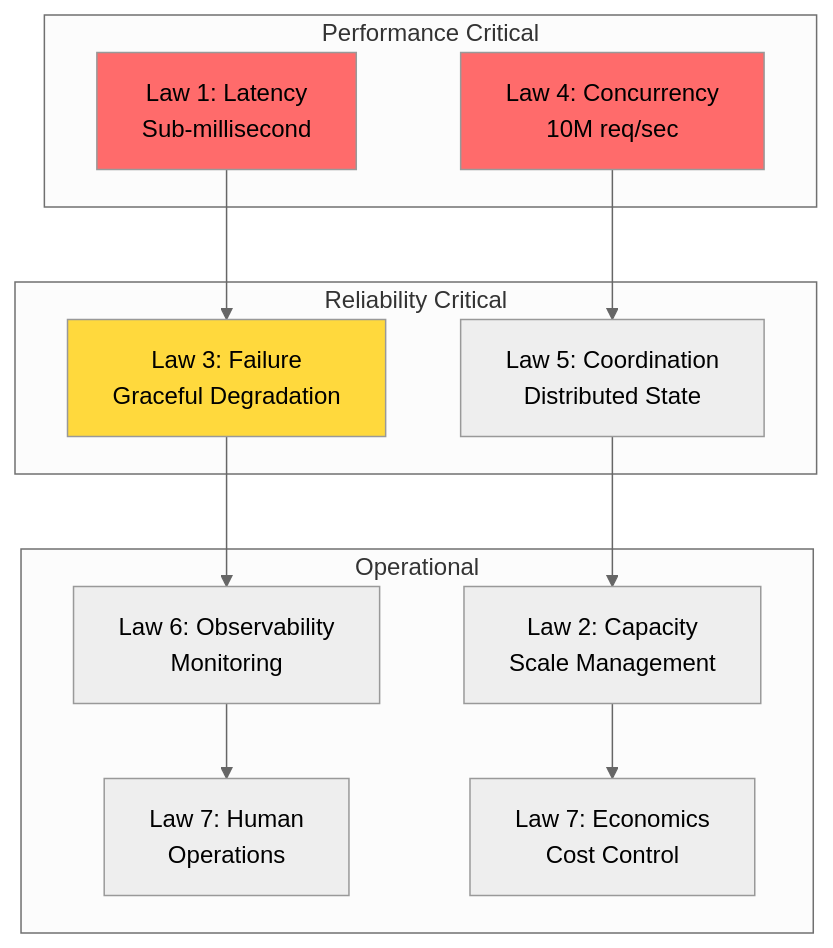
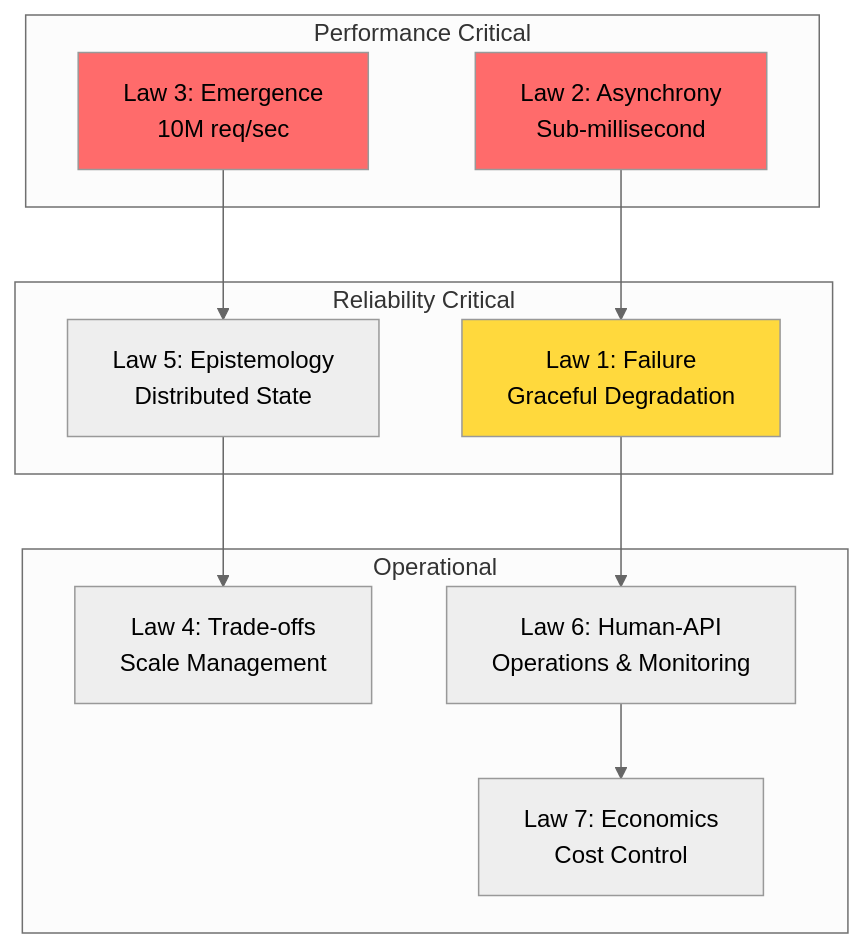
Before and after one commit to deepaucksharma/DStudio: diagram 14 of 20 in docs/case-studies/rate-limiter.md, drawn with Mermaid (neutral theme). The commit also changed other lines of this file and 149 other files, not shown here.

````diff
--- a/docs/case-studies/rate-limiter.md
+++ b/docs/case-studies/rate-limiter.md
@@ -718,30 +718,28 @@
 ```mermaid
 graph TB
     subgraph "Performance Critical"
-        A1[Law 1: Latency<br/>Sub-millisecond]
-        A4[Law 4: Concurrency<br/>10M req/sec]
+        L2[Law 2: Asynchrony<br/>Sub-millisecond]
+        L3[Law 3: Emergence<br/>10M req/sec]
     end
     
     subgraph "Reliability Critical"
-        A3[Law 3: Failure<br/>Graceful Degradation]
-        A5[Law 5: Coordination<br/>Distributed State]
+        L1[Law 1: Failure<br/>Graceful Degradation]
+        L5[Law 5: Epistemology<br/>Distributed State]
     end
     
     subgraph "Operational"
-        A2[Law 2: Capacity<br/>Scale Management]
-        A6[Law 6: Observability<br/>Monitoring]
-        A7[Law 7: Human<br/>Operations]
-        A8[Law 7: Economics<br/>Cost Control]
+        L4[Law 4: Trade-offs<br/>Scale Management]
+        L6[Law 6: Human-API<br/>Operations & Monitoring]
+        L7[Law 7: Economics<br/>Cost Control]
     end
     
-    A1 --> A3
-    A4 --> A5
-    A3 --> A6
-    A5 --> A2
-    A6 --> A7
-    A2 --> A8
+    L2 --> L1
+    L3 --> L5
+    L1 --> L6
+    L5 --> L4
+    L6 --> L7
     
-    style A1 fill:#ff6b6b
-    style A4 fill:#ff6b6b
-    style A3 fill:#ffd93d
+    style L2 fill:#ff6b6b
+    style L3 fill:#ff6b6b
+    style L1 fill:#ffd93d
 ```
````
